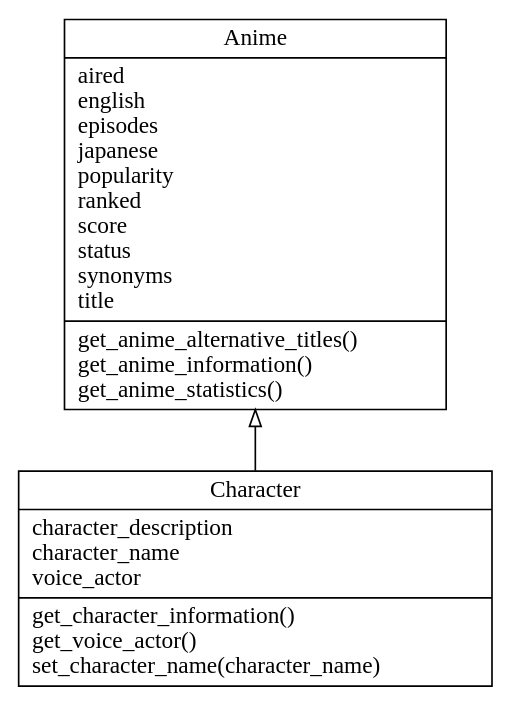
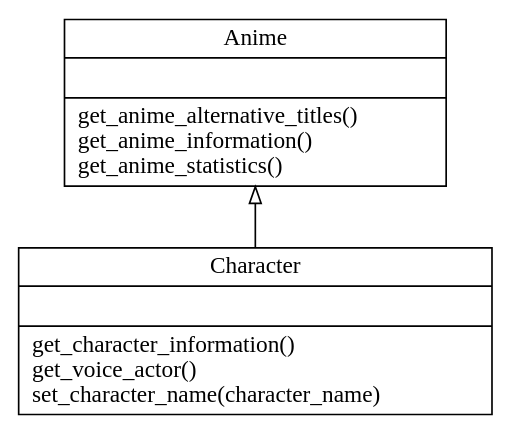
One commit to AnhellO/DAS_Sistemas changed the diagram in Ago-Dic-2020/rodriguez-martinez-jesus-angel/Practica-2/classes.dot. Above: the diagram before and after it, drawn with Graphviz. The commit also changed 2 other files, not shown here.

```diff
--- a/Ago-Dic-2020/rodriguez-martinez-jesus-angel/Practica-2/classes.dot
+++ b/Ago-Dic-2020/rodriguez-martinez-jesus-angel/Practica-2/classes.dot
@@ -1,7 +1,7 @@
 digraph "classes" {
 charset="utf-8"
 rankdir=BT
-"0" [label="{Anime|aired\lenglish\lepisodes\ljapanese\lpopularity\lranked\lscore\lstatus\lsynonyms\ltitle\l|get_anime_alternative_titles()\lget_anime_information()\lget_anime_statistics()\l}", shape="record"];
-"1" [label="{Character|character_description\lcharacter_name\lvoice_actor\l|get_character_information()\lget_voice_actor()\lset_character_name(character_name)\l}", shape="record"];
+"0" [label="{Anime|\l|get_anime_alternative_titles()\lget_anime_information()\lget_anime_statistics()\l}", shape="record"];
+"1" [label="{Character|\l|get_character_information()\lget_voice_actor()\lset_character_name(character_name)\l}", shape="record"];
 "1" -> "0" [arrowhead="empty", arrowtail="none"];
 }
```
